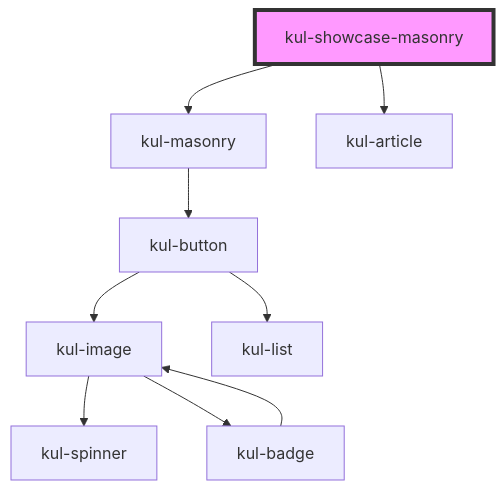
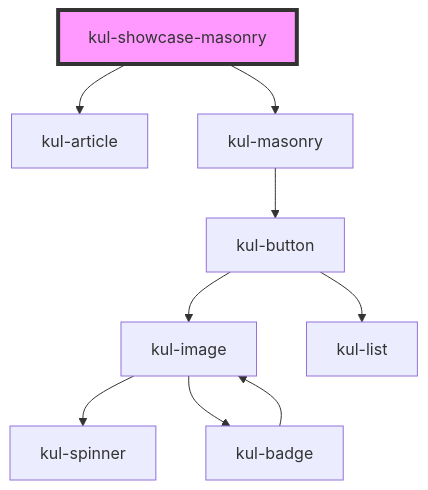
Before and after one commit to lucafoscili/ketchup-lite: the diagram in packages/ketchup-lite/src/components/kul-showcase/components/masonry/readme.md, drawn with Mermaid. The commit also changed other lines of this file and 46 other files, not shown here.

````diff
--- a/packages/ketchup-lite/src/components/kul-showcase/components/masonry/readme.md
+++ b/packages/ketchup-lite/src/components/kul-showcase/components/masonry/readme.md
@@ -27,12 +24,12 @@
 ```mermaid
 graph TD;
+  kul-showcase-masonry --> kul-article
   kul-showcase-masonry --> kul-masonry
-  kul-showcase-masonry --> kul-article
   kul-masonry --> kul-button
   kul-button --> kul-image
   kul-button --> kul-list
   kul-image --> kul-spinner
   kul-image --> kul-badge
   kul-badge --> kul-image
   style kul-showcase-masonry fill:#f9f,stroke:#333,stroke-width:4px
 ```
````
